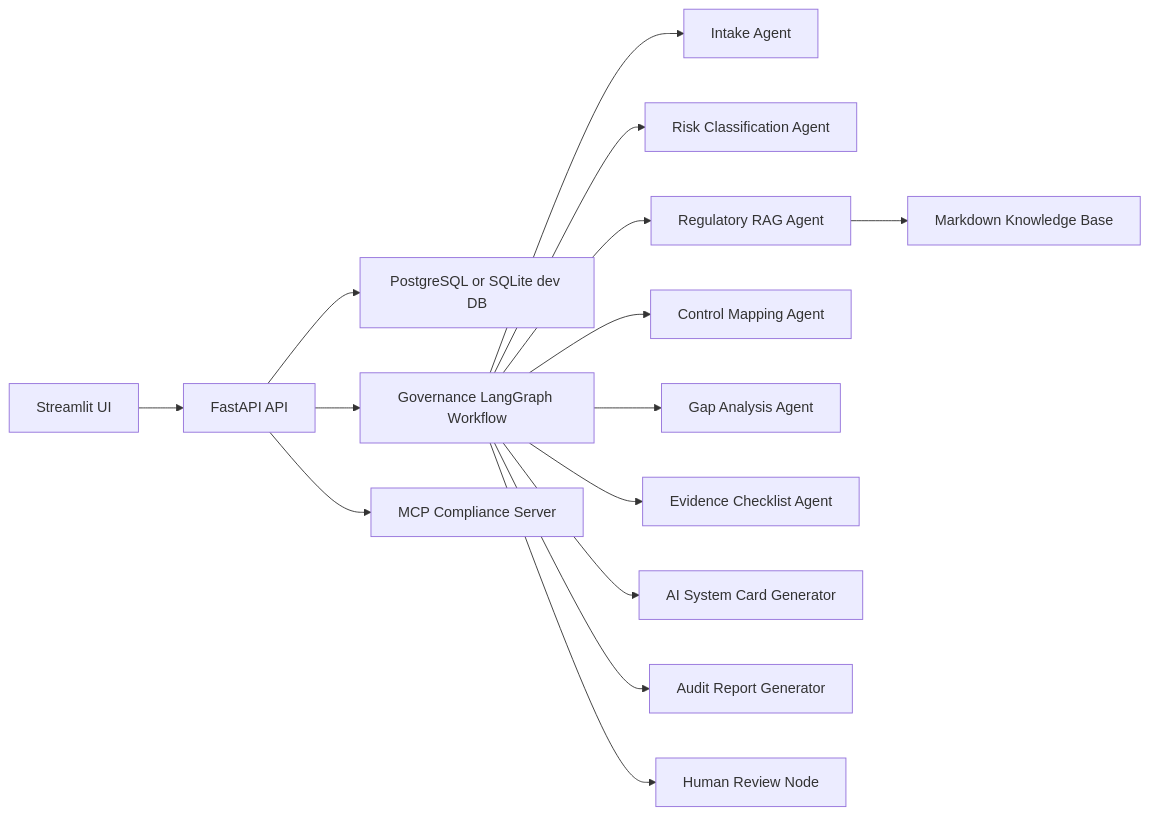
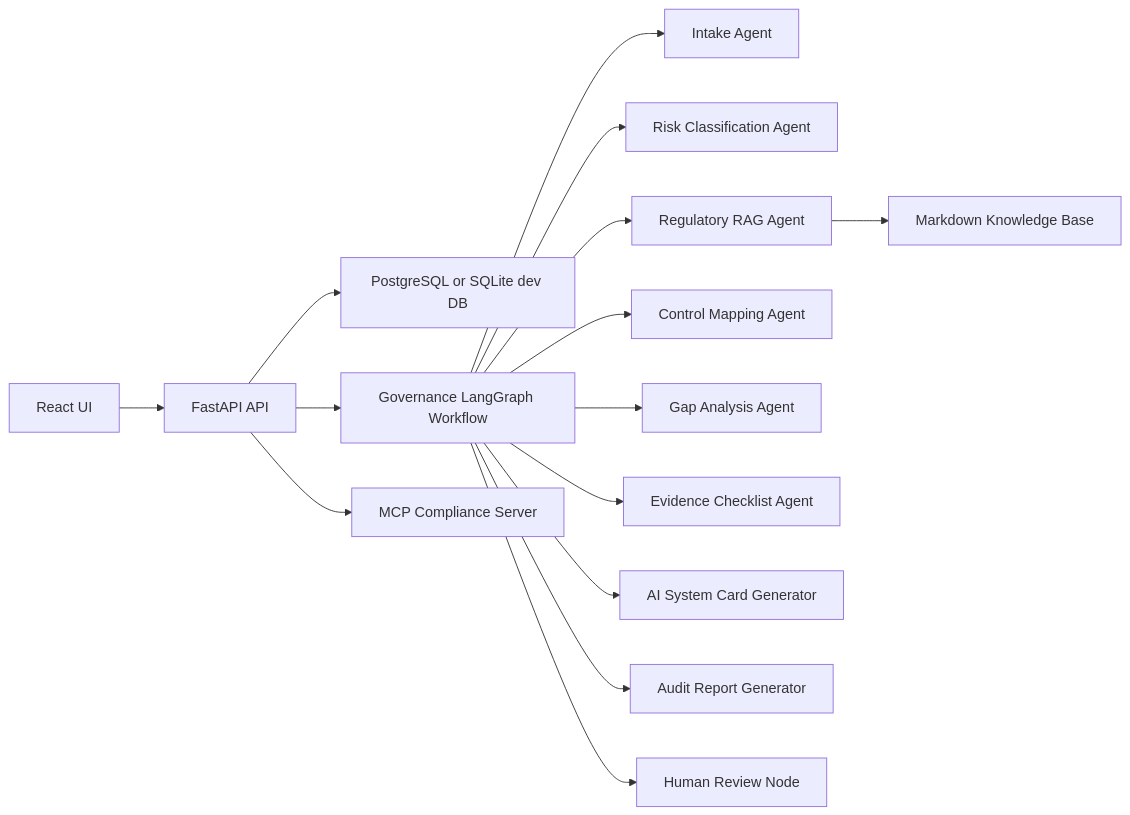
Before and after one commit to GustavoMonteiro02/Agentic-AI-Compliance-Risk-Platform: the diagram in README.md, drawn with Mermaid. The commit also changed other lines of this file and 26 other files, not shown here.

Commit message:
Replace Streamlit with React traceability UI

````diff
--- a/README.md
+++ b/README.md
@@ -15,17 +15,17 @@
 ```mermaid
 flowchart LR
-    UI["Streamlit UI"] --> API["FastAPI API"]
+    UI["React UI"] --> API["FastAPI API"]
     API --> DB["PostgreSQL or SQLite dev DB"]
     API --> Graph["Governance LangGraph Workflow"]
     Graph --> Intake["Intake Agent"]
     Graph --> Risk["Risk Classification Agent"]
     Graph --> RAG["Regulatory RAG Agent"]
     RAG --> KB["Markdown Knowledge Base"]
     Graph --> Controls["Control Mapping Agent"]
     Graph --> Gaps["Gap Analysis Agent"]
     Graph --> Evidence["Evidence Checklist Agent"]
     Graph --> Card["AI System Card Generator"]
     Graph --> Report["Audit Report Generator"]
     Graph --> Review["Human Review Node"]
     API --> MCP["MCP Compliance Server"]
 ```
````
